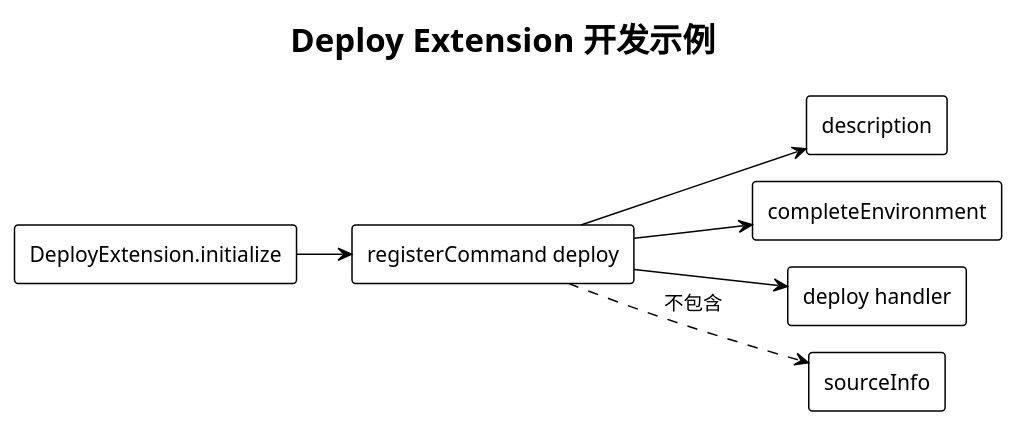
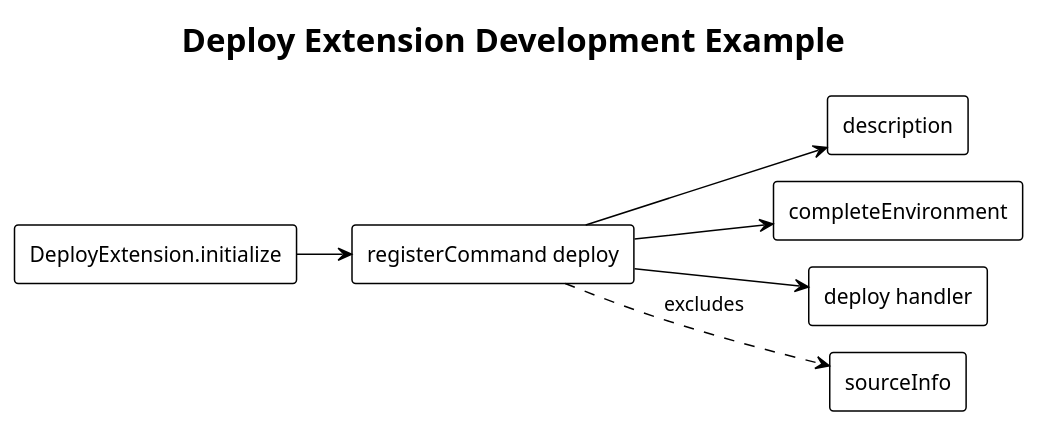
One commit to superheromeZzh/pi-mono-java-design changed diagram 14 of 20 in diagrams/extension-command/diagram.puml. Above: the diagram before and after it, drawn with PlantUML. The commit also changed other lines of this file and 48 other files, not shown here.

Commit message:
docs: require English PlantUML diagrams

```diff
--- a/diagrams/extension-command/diagram.puml
+++ b/diagrams/extension-command/diagram.puml
@@ -502,25 +502,25 @@
 @startuml 14-development-example
 ' pi source: packages/coding-agent/src/core/extensions/types.ts:1179
 ' pi source: packages/coding-agent/src/core/extensions/loader.ts:201-209
 ' Design reason: show that source ownership is host-bound while metadata, completion, and execution come from extension code.
 !theme plain
 !pragma layout smetana
-skinparam defaultFontName "PingFang SC"
+skinparam defaultFontName "SansSerif"
 skinparam shadowing false
 skinparam backgroundColor transparent
-title Deploy Extension 开发示例
+title Deploy Extension Development Example
 
 left to right direction
 rectangle DeployExtension.initialize as code
 rectangle "registerCommand deploy" as register
 rectangle description as metadata
 rectangle completeEnvironment as completion
 rectangle "deploy handler" as execution
 rectangle sourceInfo as noSource
 
 code --> register
 register --> metadata
 register --> completion
 register --> execution
-register ..> noSource : 不包含
+register ..> noSource : excludes
 @enduml
```
